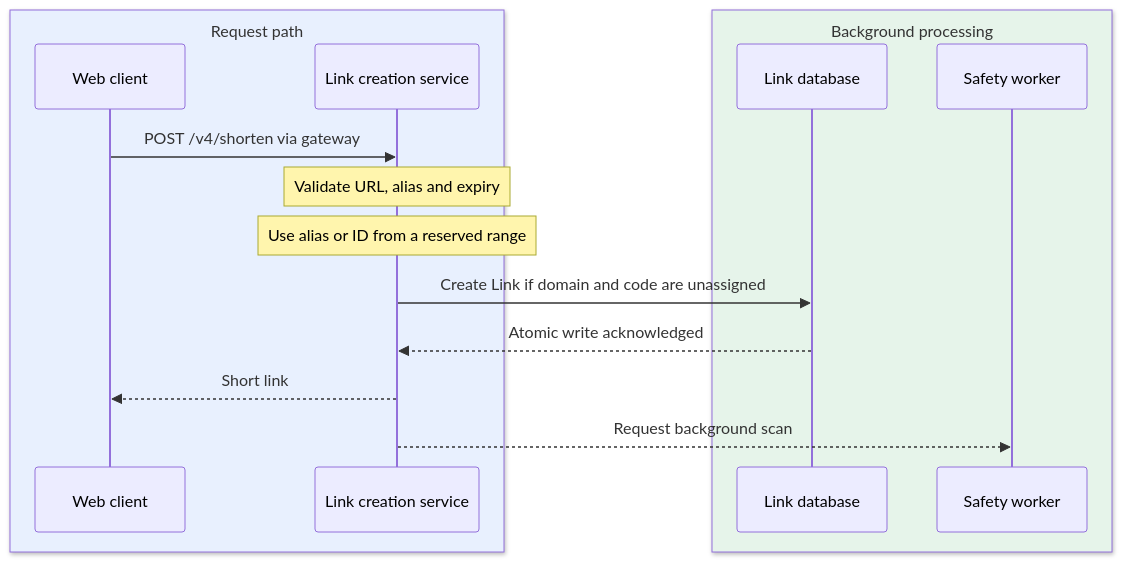
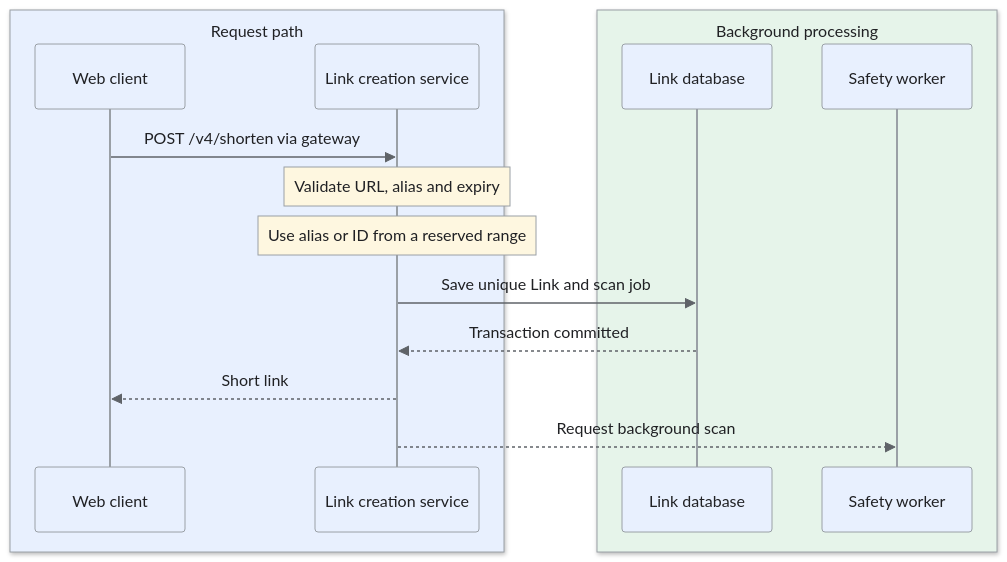
One commit to iliazlobin/iliazlobin.github.io changed the second of 7 diagrams in _designs/system-design-bitly-url-shortener.md. Above: the diagram before and after it, drawn with Mermaid. The commit also changed other lines of this file and 116 other files, not shown here.

````diff
--- a/_designs/system-design-bitly-url-shortener.md
+++ b/_designs/system-design-bitly-url-shortener.md
@@ -244,18 +247,19 @@
 ```mermaid
+%%{init: {"theme":"base","themeVariables":{"primaryColor":"#e8f0fe","primaryBorderColor":"#9aa0a6","primaryTextColor":"#202124","secondaryColor":"#e6f4ea","tertiaryColor":"#fef7e0","lineColor":"#5f6368","actorBkg":"#e8f0fe","actorBorder":"#9aa0a6","actorTextColor":"#202124","noteBkgColor":"#fef7e0","noteBorderColor":"#9aa0a6","noteTextColor":"#202124","signalColor":"#5f6368","signalTextColor":"#202124"}}}%%
 sequenceDiagram
   box rgb(232,240,254) Request path
   participant W as Web client
   participant S as Link creation service
   end
   box rgb(230,244,234) Background processing
   participant D as Link database
   participant B as Safety worker
   end
     W->>S: POST /v4/shorten via gateway
     Note over S: Validate URL, alias and expiry
     Note over S: Use alias or ID from a reserved range
-    S->>D: Create Link if domain and code are unassigned
-    D-->>S: Atomic write acknowledged
+    S->>D: Save unique Link and scan job
+    D-->>S: Transaction committed
     S-->>W: Short link
     S-->>B: Request background scan
 ```
````
